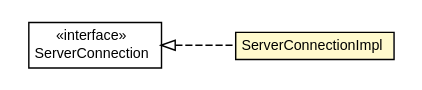
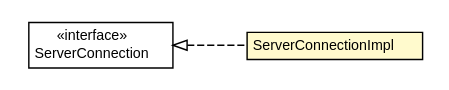
The diagram in javadoc/apidocs/org/turbogwt/net/http/client/ServerConnectionImpl.dot (growbit/turbogwt-http), drawn with Graphviz before and after one commit. The commit also changed 463 other files, not shown here.

```diff
--- a/javadoc/apidocs/org/turbogwt/net/http/client/ServerConnectionImpl.dot
+++ b/javadoc/apidocs/org/turbogwt/net/http/client/ServerConnectionImpl.dot
@@ -1,28 +1,28 @@
 #!/usr/local/bin/dot
 #
 # Class diagram 
 # Generated by UMLGraph version R5_6-24-gf6e263 (http://www.umlgraph.org/)
 #
 
 digraph G {
-	edge [fontname="arial",fontsize=10,labelfontname="arial",labelfontsize=10];
-	node [fontname="arial",fontsize=10,shape=plaintext];
+	edge [fontname="Helvetica",fontsize=10,labelfontname="Helvetica",labelfontsize=10];
+	node [fontname="Helvetica",fontsize=10,shape=plaintext];
 	nodesep=0.25;
 	ranksep=0.5;
 	rankdir=LR;
 	// org.turbogwt.net.http.client.ServerConnectionImpl
-	c3657 [label=<<table title="org.turbogwt.net.http.client.ServerConnectionImpl" border="0" cellborder="1" cellspacing="0" cellpadding="2" port="p" bgcolor="lemonChiffon" href="./ServerConnectionImpl.html">
+	c4642 [label=<<table title="org.turbogwt.net.http.client.ServerConnectionImpl" border="0" cellborder="1" cellspacing="0" cellpadding="2" port="p" bgcolor="lemonChiffon" href="./ServerConnectionImpl.html">
 		<tr><td><table border="0" cellspacing="0" cellpadding="1">
 <tr><td align="center" balign="center"> ServerConnectionImpl </td></tr>
 		</table></td></tr>
-		</table>>, URL="./ServerConnectionImpl.html", fontname="arial", fontcolor="black", fontsize=10.0];
+		</table>>, URL="./ServerConnectionImpl.html", fontname="Helvetica", fontcolor="black", fontsize=10.0];
 	// org.turbogwt.net.http.client.ServerConnection
-	c3658 [label=<<table title="org.turbogwt.net.http.client.ServerConnection" border="0" cellborder="1" cellspacing="0" cellpadding="2" port="p" href="./ServerConnection.html">
+	c4649 [label=<<table title="org.turbogwt.net.http.client.ServerConnection" border="0" cellborder="1" cellspacing="0" cellpadding="2" port="p" href="./ServerConnection.html">
 		<tr><td><table border="0" cellspacing="0" cellpadding="1">
 <tr><td align="center" balign="center"> &#171;interface&#187; </td></tr>
 <tr><td align="center" balign="center"> ServerConnection </td></tr>
 		</table></td></tr>
-		</table>>, URL="./ServerConnection.html", fontname="arial", fontcolor="black", fontsize=10.0];
+		</table>>, URL="./ServerConnection.html", fontname="Helvetica", fontcolor="black", fontsize=10.0];
 	//org.turbogwt.net.http.client.ServerConnectionImpl implements org.turbogwt.net.http.client.ServerConnection
-	c3658:p -> c3657:p [dir=back,arrowtail=empty,style=dashed];
+	c4649:p -> c4642:p [dir=back,arrowtail=empty,style=dashed];
 }
```
